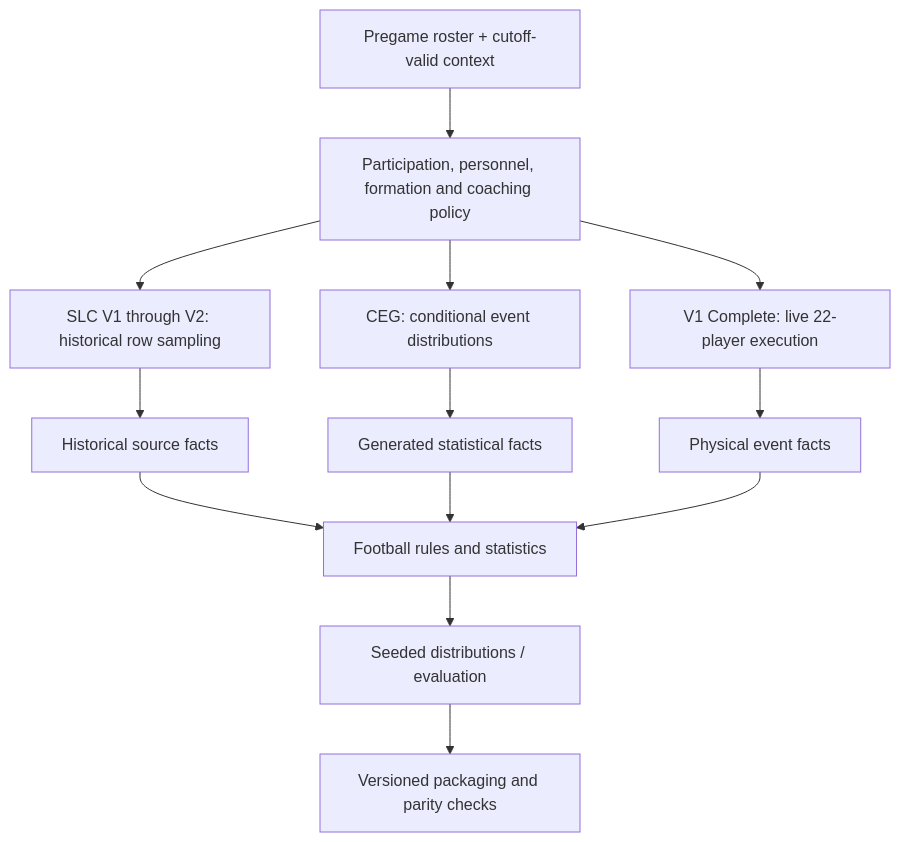
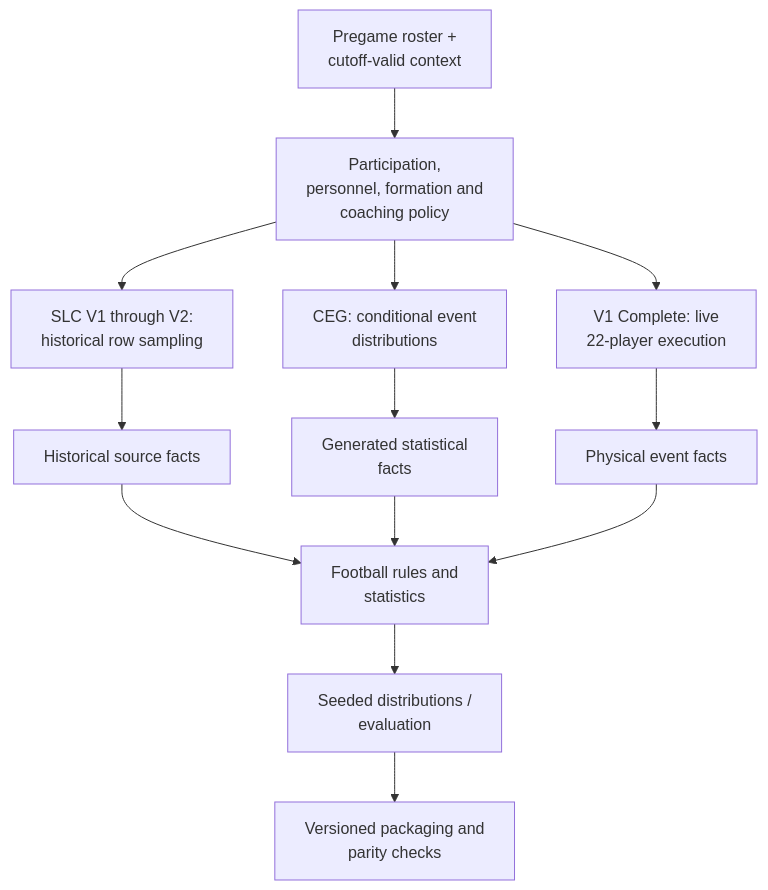
The diagram in docs/architecture/README.md (micahp/legendarypicks), drawn with Mermaid before and after one commit. The commit also changed other lines of this file and 12 other files, not shown here.

Commit message:
docs: wrap diagram labels and add editable SVG schematics

````diff
--- a/docs/architecture/README.md
+++ b/docs/architecture/README.md
@@ -35,15 +35,15 @@
 ```mermaid
 flowchart TD
-  A["Pregame roster + cutoff-valid context"] --> B["Participation, personnel, formation and coaching policy"]
-  B --> C["SLC V1 through V2: historical row sampling"]
-  B --> D["CEG: conditional event distributions"]
-  B --> E["V1 Complete: live 22-player execution"]
+  A["Pregame roster +<br/>cutoff-valid context"] --> B["Participation,<br/>personnel, formation and<br/>coaching policy"]
+  B --> C["SLC V1 through V2:<br/>historical row sampling"]
+  B --> D["CEG: conditional event<br/>distributions"]
+  B --> E["V1 Complete: live<br/>22-player execution"]
   C --> F["Historical source facts"]
-  D --> G["Generated statistical facts"]
+  D --> G["Generated statistical<br/>facts"]
   E --> H["Physical event facts"]
-  F --> I["Football rules and statistics"]
+  F --> I["Football rules and<br/>statistics"]
   G --> I
   H --> I
-  I --> J["Seeded distributions / evaluation"]
-  J --> K["Versioned packaging and parity checks"]
+  I --> J["Seeded distributions /<br/>evaluation"]
+  J --> K["Versioned packaging and<br/>parity checks"]
 ```
````
